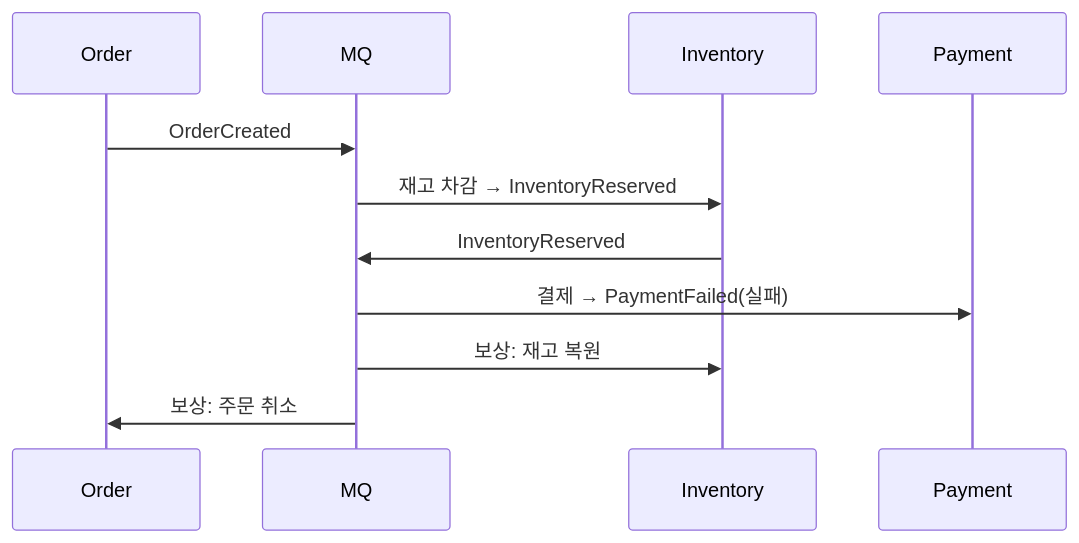
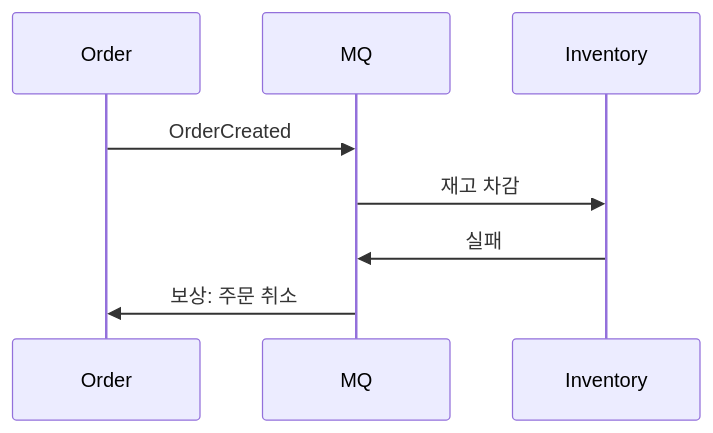
The fourth of 8 diagrams in _posts/spring/2026-05-01-distributed-transaction.md (yjkim2015/yjkim2015.github.io), drawn with Mermaid before and after one commit. The commit also changed other lines of this file and 155 other files, not shown here.

First line of the commit message:
Mermaid 전면 수정: subgraph 제거, participant/노드/줄수 축소 (342블록)

````diff
--- a/_posts/spring/2026-05-01-distributed-transaction.md
+++ b/_posts/spring/2026-05-01-distributed-transaction.md
@@ -115,13 +112,10 @@
 ```mermaid
 sequenceDiagram
     participant OS as Order
     participant MQ as MQ
     participant IS as Inventory
-    participant PS as Payment
     OS->>MQ: OrderCreated
-    MQ->>IS: 재고 차감 → InventoryReserved
-    IS->>MQ: InventoryReserved
-    MQ->>PS: 결제 → PaymentFailed(실패)
-    MQ->>IS: 보상: 재고 복원
+    MQ->>IS: 재고 차감
+    IS->>MQ: 실패
     MQ->>OS: 보상: 주문 취소
 ```
````
